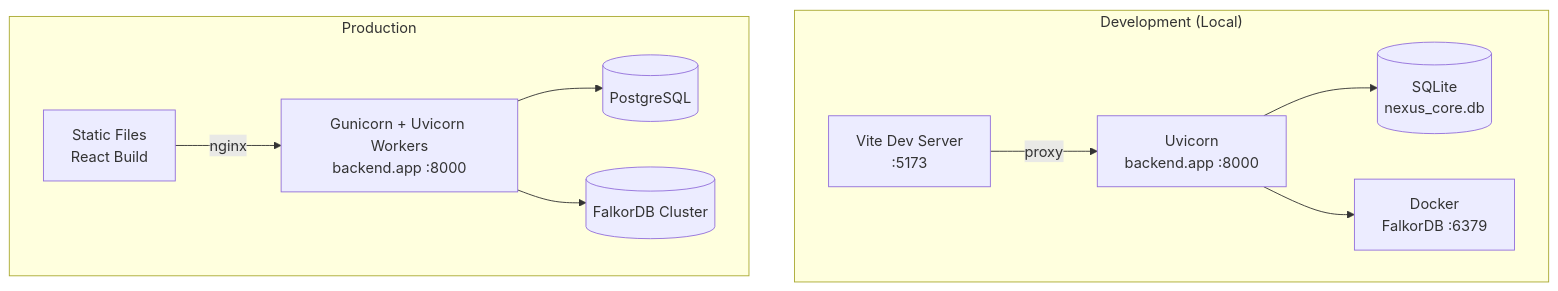
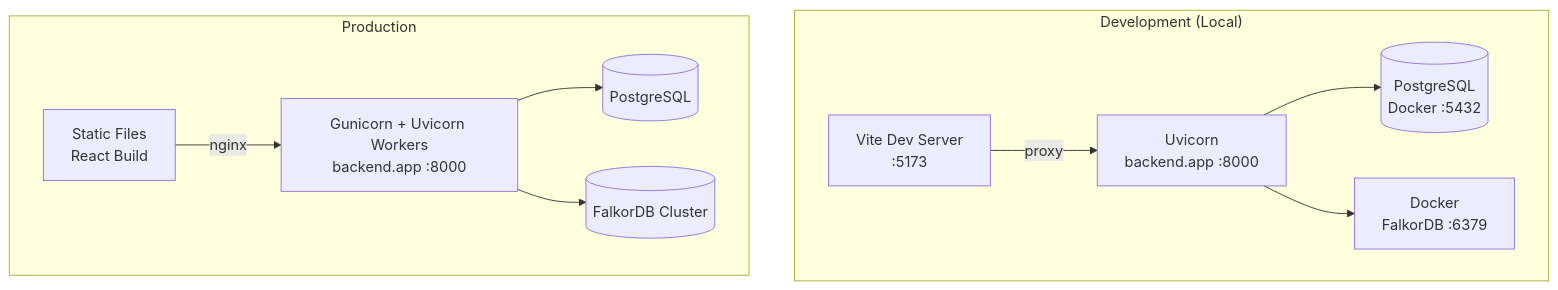
Before and after one commit to rkrumins/dataviz: the sixth of 6 diagrams in docs/ARCHITECTURE.md, drawn with Mermaid. The commit also changed other lines of this file and 33 other files, not shown here.

````diff
--- a/docs/ARCHITECTURE.md
+++ b/docs/ARCHITECTURE.md
@@ -392,25 +390,25 @@
 ```mermaid
 graph TB
     subgraph Dev["Development (Local)"]
         Vite[Vite Dev Server<br/>:5173]
         Uvicorn1[Uvicorn<br/>backend.app :8000]
-        SQLite[(SQLite<br/>nexus_core.db)]
+        PGDev[(PostgreSQL<br/>Docker :5432)]
         Docker[Docker<br/>FalkorDB :6379]
     end
 
     subgraph Prod["Production"]
         Static[Static Files<br/>React Build]
         Gunicorn1[Gunicorn + Uvicorn Workers<br/>backend.app :8000]
         PG[(PostgreSQL)]
         FDB2[(FalkorDB Cluster)]
     end
 
     Vite -->|proxy| Uvicorn1
-    Uvicorn1 --> SQLite
+    Uvicorn1 --> PGDev
     Uvicorn1 --> Docker
 
     Static -->|nginx| Gunicorn1
     Gunicorn1 --> PG
     Gunicorn1 --> FDB2
 
 ```
````
